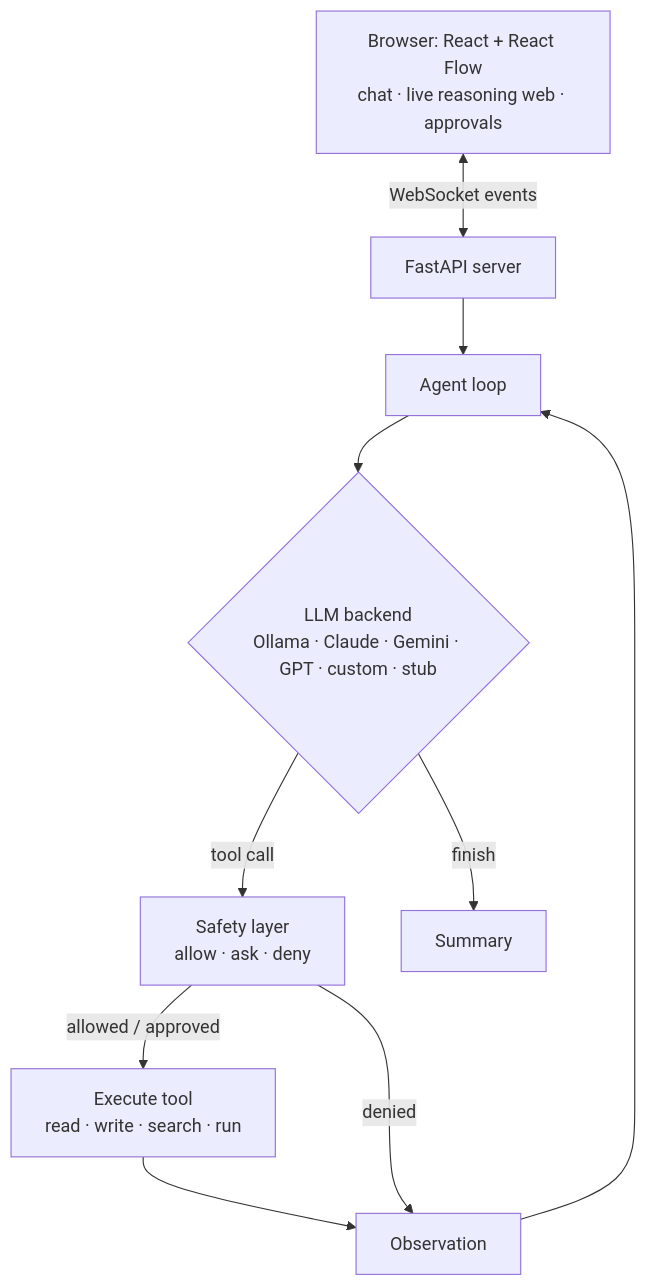
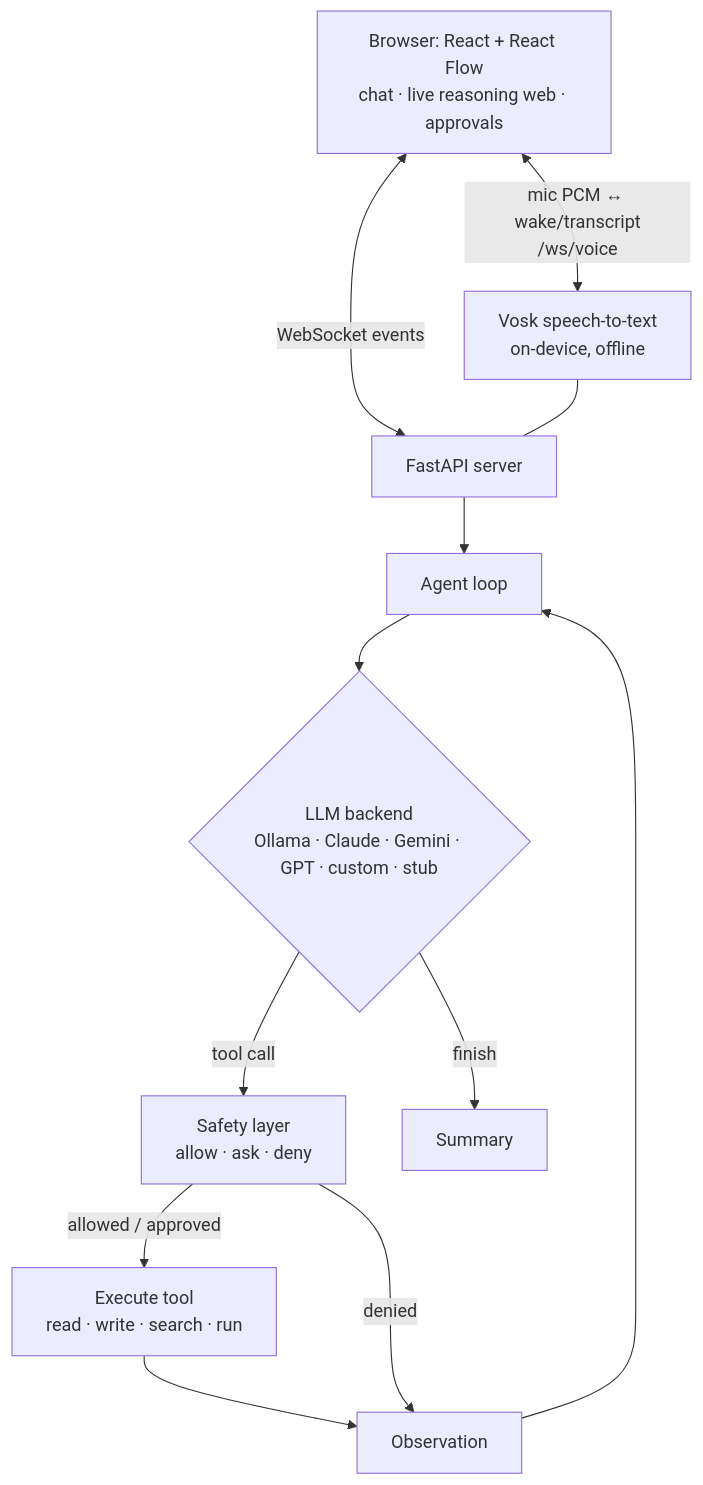
Before and after one commit to Siddharthpatni/Spidey: the diagram in README.md, drawn with Mermaid. The commit also changed other lines of this file and 36 other files, not shown here.

````diff
--- a/README.md
+++ b/README.md
@@ -76,12 +117,14 @@
 ```mermaid
 flowchart TD
     W[Browser: React + React Flow<br/>chat · live reasoning web · approvals] <-->|WebSocket events| S[FastAPI server]
+    W <-->|mic PCM ↔ wake/transcript<br/>/ws/voice| V[Vosk speech-to-text<br/>on-device, offline]
+    V --- S
     S --> B[Agent loop]
     B --> C{LLM backend<br/>Ollama · Claude · Gemini · GPT · custom · stub}
     C -->|tool call| D[Safety layer<br/>allow · ask · deny]
     D -->|allowed / approved| E[Execute tool<br/>read · write · search · run]
     E --> F[Observation]
     F --> B
     D -->|denied| F
     C -->|finish| G[Summary]
 ```
````
